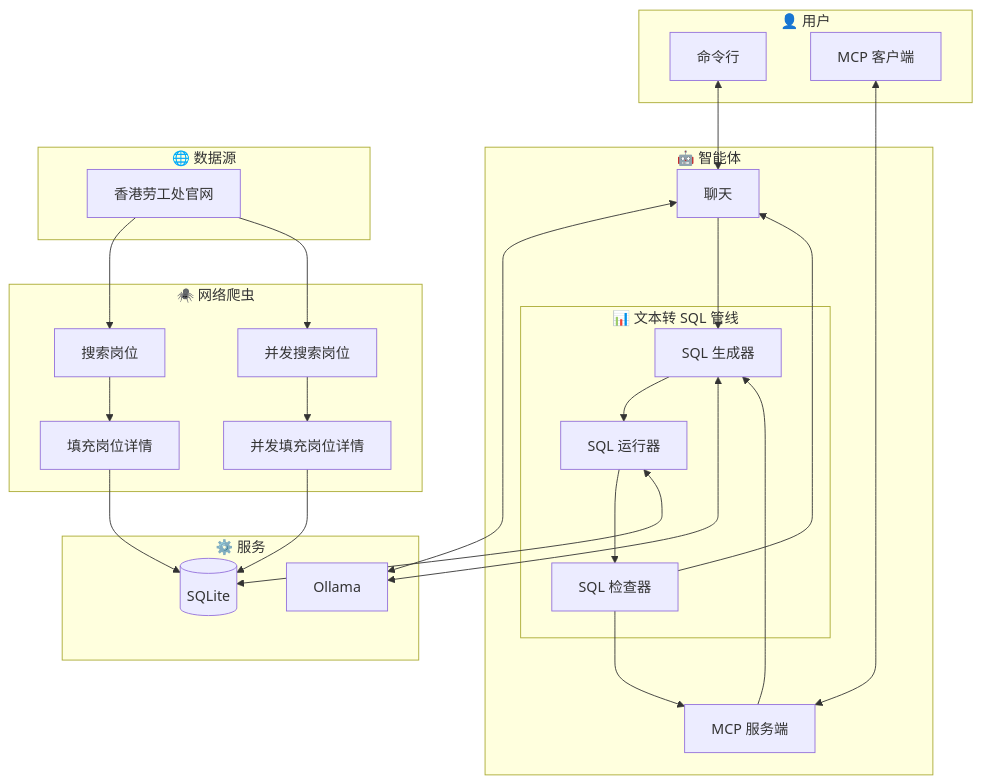
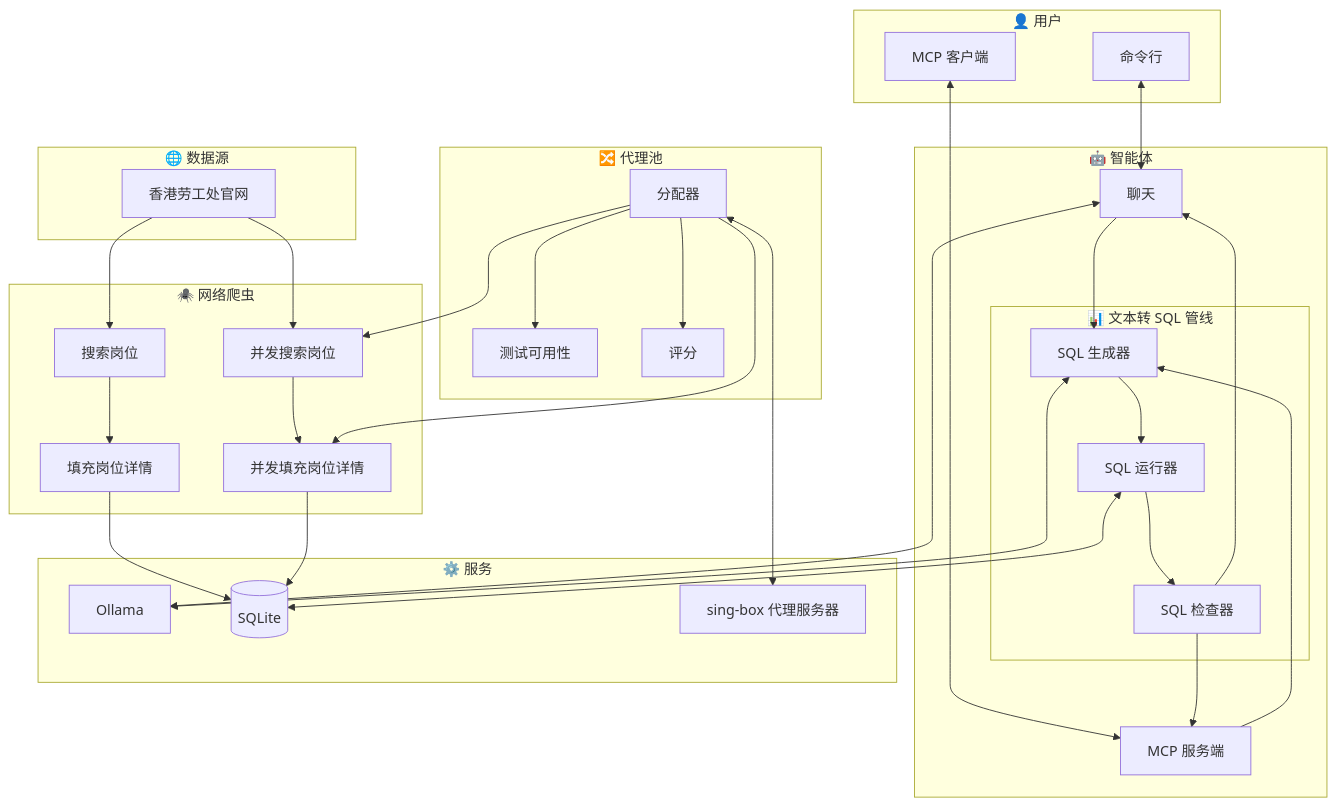
Before and after one commit to JJ-Jacko/jobs_hk: the diagram in README_zh_cn.md, drawn with Mermaid. The commit also changed 2 other files, not shown here.

Commit message:
feat(README): Proxy pool.

````diff
--- a/README_zh_cn.md
+++ b/README_zh_cn.md
@@ -16,61 +16,74 @@
 ```mermaid
 flowchart
     subgraph User["👤 用户"]
         CLI[命令行]
         MCP_CLIENT[MCP 客户端]
     end
 
     subgraph Scraper["🕷️ 网络爬虫"]
         search_job[搜索岗位]
         search_job_mt[并发搜索岗位]
         fill_job[填充岗位详情]
         fill_job_mt[并发填充岗位详情]
+    end
+
+    subgraph ProxyPool["🔀 代理池"]
+        check_proxy_availability[测试可用性]
+        evaluate_proxy[评分]
+        assigner[分配器]
     end
 
     subgraph SQL_pipline["📊 文本转 SQL 管线"]
         SQL_generator[SQL 生成器]
         SQL_runner[SQL 运行器]
         SQL_checker[SQL 检查器]
     end
 
     subgraph AI["🤖 智能体"]
         chat[聊天]
         MCP_server[MCP 服务端]
         SQL_pipline
     end
 
     subgraph Service["⚙️ 服务"]
         Ollama[Ollama]
         SQLite[(SQLite)]
+        proxy_server["sing-box 代理服务器"]
     end
 
     subgraph DataSource["🌐 数据源"]
         web_src[香港劳工处官网]
     end
 
     CLI <--> chat
     MCP_CLIENT <--> MCP_server
 
     chat <--> Ollama
     chat --> SQL_generator
 
     MCP_server --> SQL_generator
 
     SQL_generator --> SQL_runner
     SQL_generator <--> Ollama
 
     SQL_runner --> SQL_checker
     SQL_runner <--> SQLite
 
     SQL_checker --> chat
     SQL_checker --> MCP_server
 
     web_src --> search_job
     web_src --> search_job_mt
 
     search_job --> fill_job
     search_job_mt --> fill_job_mt
 
     fill_job --> SQLite
     fill_job_mt --> SQLite
+
+    assigner --> search_job_mt
+    assigner --> fill_job_mt
+    assigner --> check_proxy_availability
+    assigner --> evaluate_proxy
+    assigner <--> proxy_server
 ```
````
